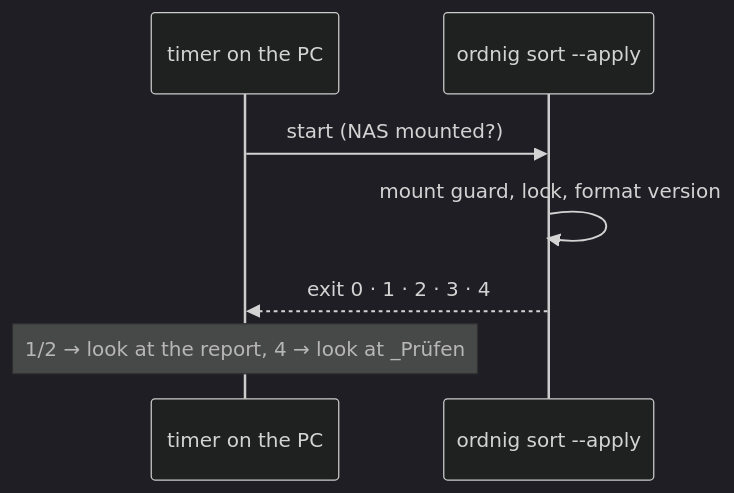
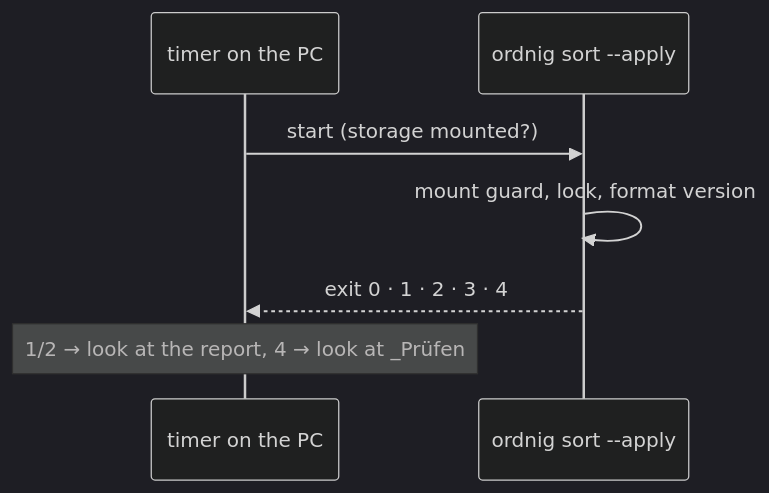
Before and after one commit to Tiliavir/ordnig: the third of 3 diagrams in docs/arc42/06-runtime-view.md, drawn with Mermaid (dark theme). The commit also changed other lines of this file and 18 other files, not shown here.

````diff
--- a/docs/arc42/06-runtime-view.md
+++ b/docs/arc42/06-runtime-view.md
@@ -83,9 +78,9 @@
 ```mermaid
 sequenceDiagram
     participant T as timer on the PC
     participant O as ordnig sort --apply
-    T->>O: start (NAS mounted?)
+    T->>O: start (storage mounted?)
     O->>O: mount guard, lock, format version
     O-->>T: exit 0 · 1 · 2 · 3 · 4
     Note over T: 1/2 → look at the report, 4 → look at _Prüfen
 ```
````
